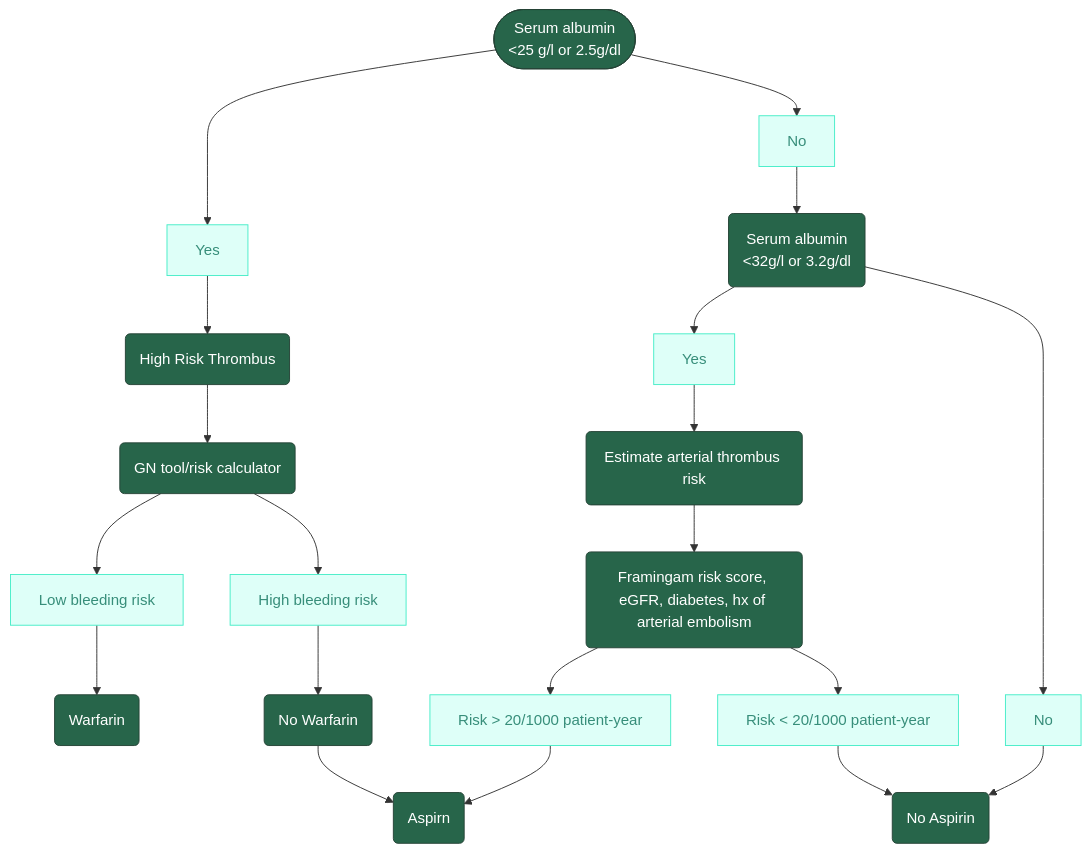
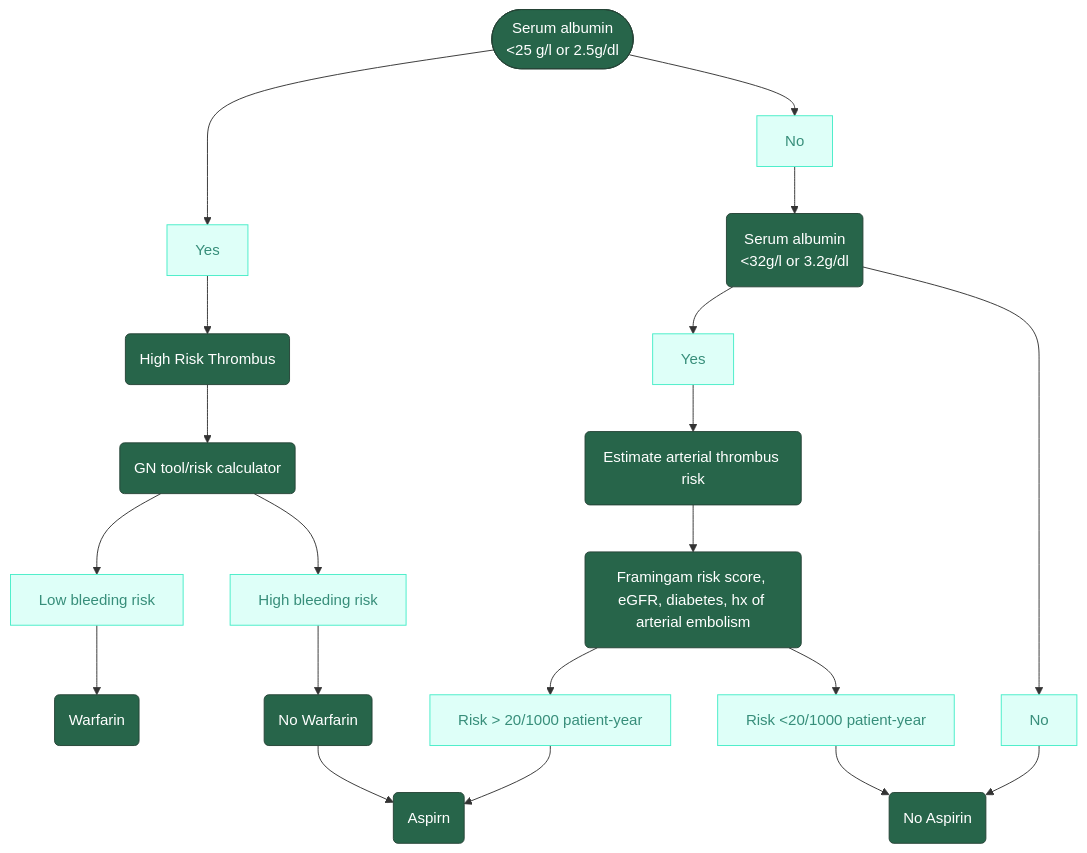
The diagram in docs/Prophylaxis.md (TTUNEPH2025/GN), drawn with Mermaid before and after one commit.

````diff
--- a/docs/Prophylaxis.md
+++ b/docs/Prophylaxis.md
@@ -31,49 +31,49 @@
  ```mermaid
 flowchart TD
     A(["Serum albumin
-        <25 g/l or 2.5g/dl"]) --> n17["Yes"] & n18["No"]
+        &lt;25 g/l or 2.5g/dl"]) --> n17["Yes"] & n18["No"]
     B["High Risk Thrombus"] --> C["GN tool/risk calculator"]
     n1["Serum albumin
     &lt;32g/l or 3.2g/dl"] --> n21["Yes"] & n22["No"]
     n2["Estimate arterial thrombus risk"] --> n3["Framingam risk score, eGFR, diabetes, hx of arterial embolism"]
     C --> n19["Low bleeding risk"] & n20["High bleeding risk"]
-    n3 --> n23["Risk > 20/1000 patient-year"] & n24["Risk < 20/1000 patient-year"]
+    n3 --> n23["Risk > 20/1000 patient-year"] & n24["Risk &lt;20/1000 patient-year"]
     n5["No Warfarin"] --> n6["Aspirn"]
     n17 --> B
     n18 --> n1
     n19 --> n4["Warfarin"]
     n20 --> n5
     n21 --> n2
     n22 --> n7["No Aspirin"]
     n24 --> n7
     n23 --> n6
     B@{ shape: rounded}
     C@{ shape: rounded}
     n1@{ shape: rounded}
     n2@{ shape: rounded}
     n3@{ shape: rounded}
     n5@{ shape: rounded}
     n6@{ shape: rounded}
     n4@{ shape: rounded}
     n7@{ shape: rounded}
      A:::Pine
      n17:::Aqua
      n18:::Aqua
      B:::Pine
      C:::Pine
      n1:::Pine
      n21:::Aqua
      n22:::Aqua
      n2:::Pine
      n3:::Pine
      n19:::Aqua
      n20:::Aqua
      n23:::Aqua
      n24:::Aqua
      n5:::Pine
      n6:::Pine
      n4:::Pine
      n7:::Pine
     classDef Aqua stroke-width:1px, stroke-dasharray:none, stroke:#46EDC8, fill:#DEFFF8, color:#378E7A
     classDef Pine stroke-width:1px, stroke-dasharray:none, stroke:#254336, fill:#27654A, color:#FFFFFF
 ```
````
